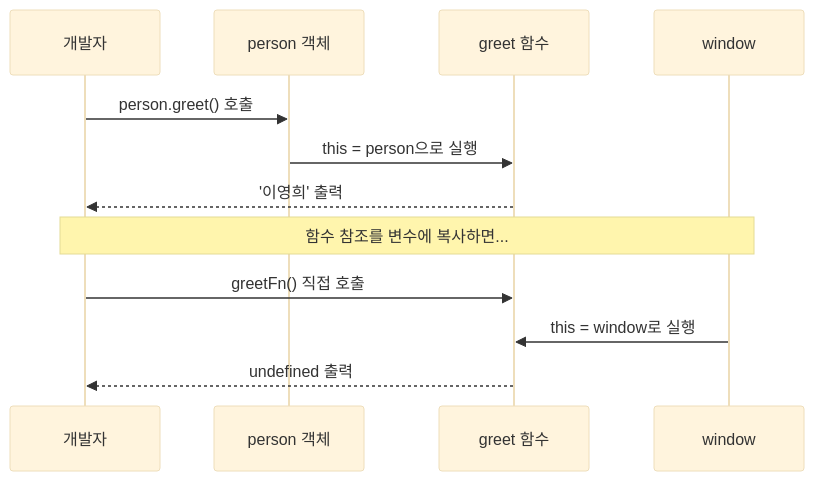
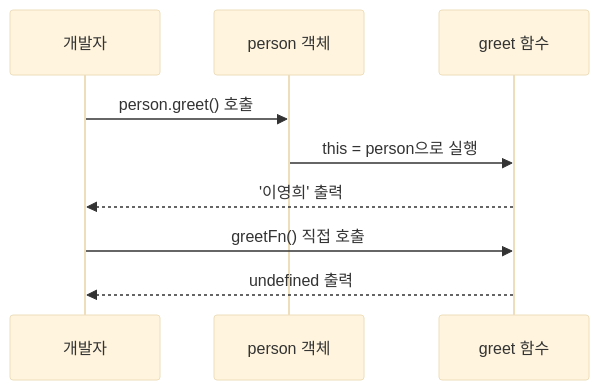
One commit to yjkim2015/yjkim2015.github.io changed the second of 7 diagrams in _posts/frontend/2026-05-02-js-this-binding.md. Above: the diagram before and after it, drawn with Mermaid (base theme). The commit also changed 155 other files, not shown here.

First line of the commit message:
Mermaid 전면 수정: subgraph 제거, participant/노드/줄수 축소 (342블록)

````diff
--- a/_posts/frontend/2026-05-02-js-this-binding.md
+++ b/_posts/frontend/2026-05-02-js-this-binding.md
@@ -136,14 +136,11 @@
 ```mermaid
 sequenceDiagram
     participant Dev as 개발자
     participant Obj as person 객체
     participant Fn as greet 함수
-    participant Win as window
     Dev->>Obj: person.greet() 호출
     Obj->>Fn: this = person으로 실행
     Fn-->>Dev: '이영희' 출력
-    Note over Dev,Win: 함수 참조를 변수에 복사하면...
     Dev->>Fn: greetFn() 직접 호출
-    Win->>Fn: this = window로 실행
     Fn-->>Dev: undefined 출력
 ```
````
